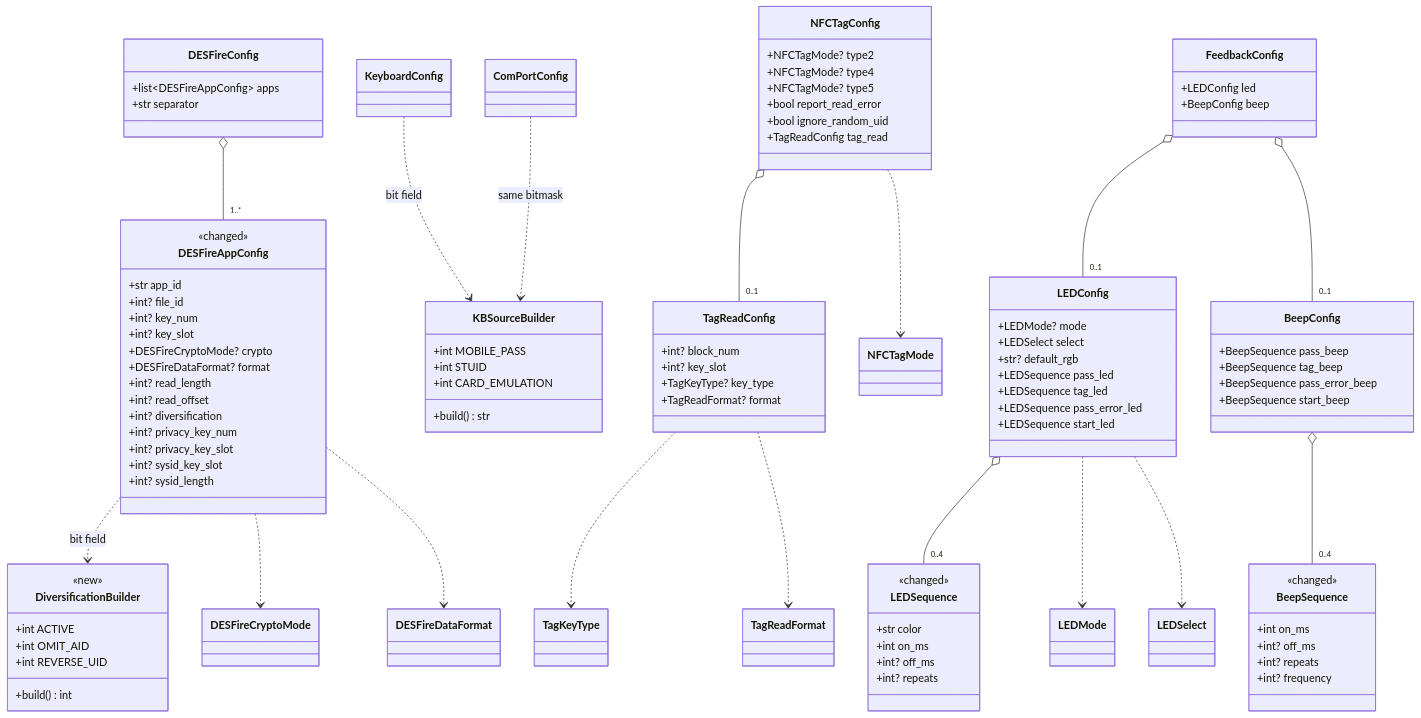
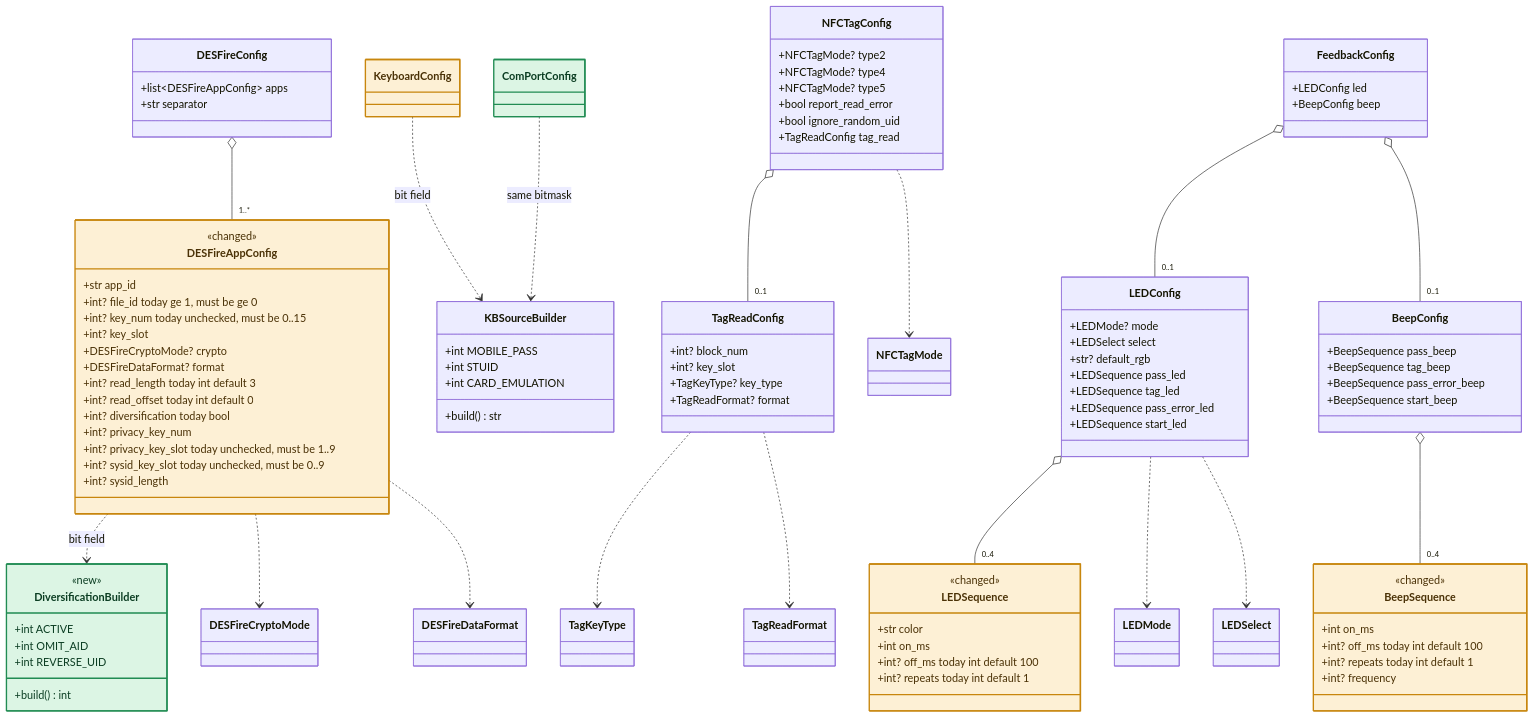
One commit to zworkb/vtap100 changed the second of 3 diagrams in docs/superpowers/specs/2026-08-28-config-roundtrip-design.md. Above: the diagram before and after it, drawn with Mermaid. The commit also changed other lines of this file, not shown here.

First line of the commit message:
docs: colour new and changed classes in the spec diagrams

````diff
--- a/docs/superpowers/specs/2026-08-28-config-roundtrip-design.md
+++ b/docs/superpowers/specs/2026-08-28-config-roundtrip-design.md
@@ -260,17 +270,17 @@
     class DESFireAppConfig {
         <<changed>>
         +str app_id
-        +int? file_id
-        +int? key_num
+        +int? file_id  today ge 1, must be ge 0
+        +int? key_num  today unchecked, must be 0..15
         +int? key_slot
         +DESFireCryptoMode? crypto
         +DESFireDataFormat? format
-        +int? read_length
-        +int? read_offset
-        +int? diversification
+        +int? read_length  today int default 3
+        +int? read_offset  today int default 0
+        +int? diversification  today bool
         +int? privacy_key_num
-        +int? privacy_key_slot
-        +int? sysid_key_slot
+        +int? privacy_key_slot  today unchecked, must be 1..9
+        +int? sysid_key_slot  today unchecked, must be 0..9
         +int? sysid_length
     }
 
@@ -331,15 +341,15 @@
         <<changed>>
         +str color
         +int on_ms
-        +int? off_ms
-        +int? repeats
+        +int? off_ms  today int default 100
+        +int? repeats  today int default 1
     }
 
     class BeepSequence {
         <<changed>>
         +int on_ms
-        +int? off_ms
-        +int? repeats
+        +int? off_ms  today int default 100
+        +int? repeats  today int default 1
         +int? frequency
     }
 
@@ -359,4 +369,11 @@
     LEDConfig ..> LEDMode
     LEDConfig ..> LEDSelect
     BeepConfig o-- "0..4" BeepSequence
+
+    style DiversificationBuilder fill:#dcf5e4,stroke:#218c53,stroke-width:2px,color:#0b3d22
+    style ComPortConfig fill:#dcf5e4,stroke:#218c53,stroke-width:2px,color:#0b3d22
+    style DESFireAppConfig fill:#fdf0d5,stroke:#c8860d,stroke-width:2px,color:#4a3106
+    style LEDSequence fill:#fdf0d5,stroke:#c8860d,stroke-width:2px,color:#4a3106
+    style BeepSequence fill:#fdf0d5,stroke:#c8860d,stroke-width:2px,color:#4a3106
+    style KeyboardConfig fill:#fdf0d5,stroke:#c8860d,stroke-width:2px,color:#4a3106
 ```
````
